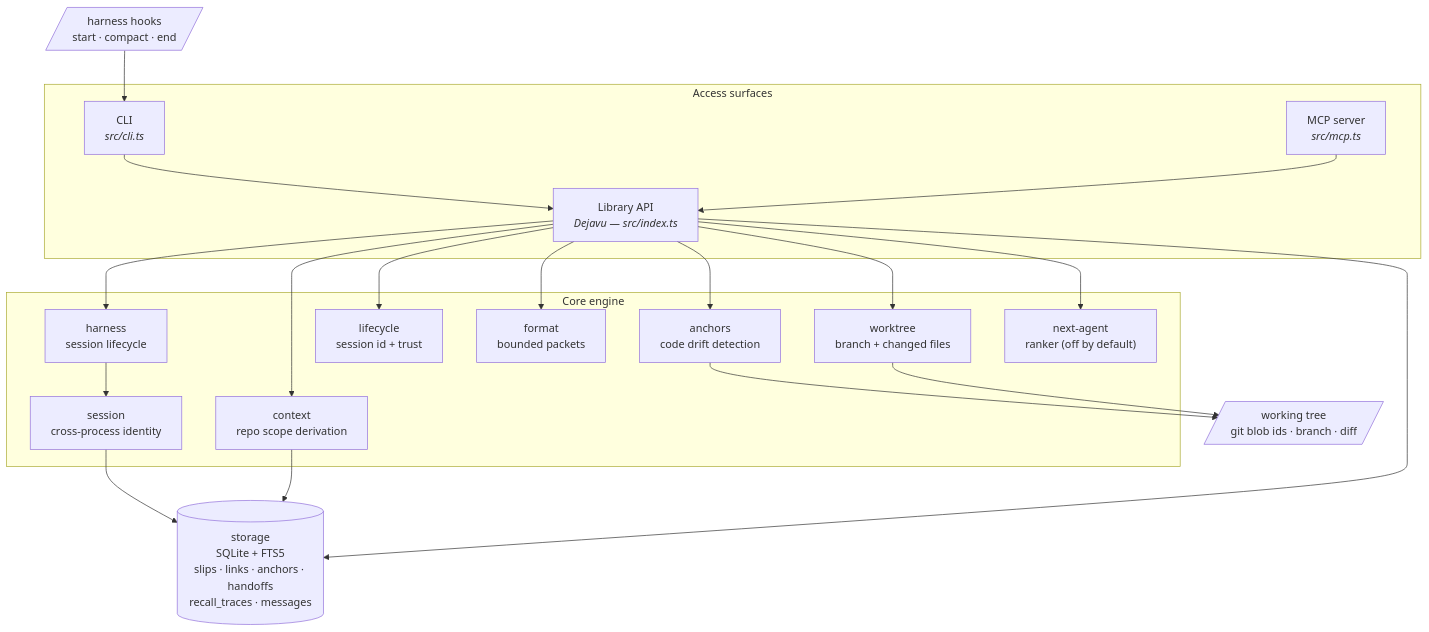
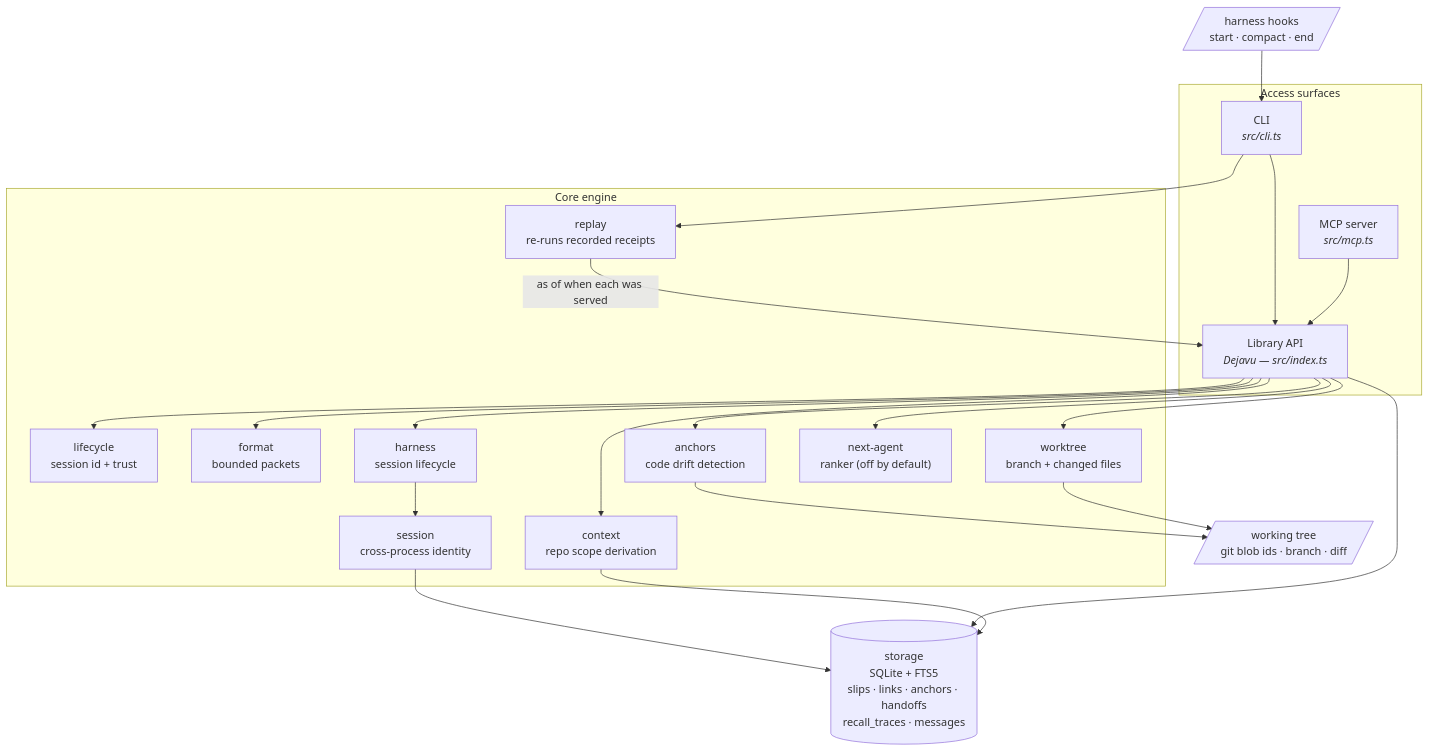
Before and after one commit to sanjayrohith/Dejavu: the second of 4 diagrams in README.md, drawn with Mermaid. The commit also changed 2 other files, not shown here.

Commit message:
Bring the contributor and product docs up to date
CONTRIBUTING already required that retrieval changes come with an eval
rather than an argument. There was no instrument to satisfy it; now
there is, so the convention names the commands and says what the number
does not mean. Also notes that bench:session carries its own control arm.

The architecture diagram gained replay. The landing page's MCP tool list
had been missing touching since anchors shipped, and its 'feedback loop
you can measure' lap described only the half that waits on an agent
volunteering an assessment.

````diff
--- a/README.md
+++ b/README.md
@@ -133,39 +133,42 @@
 ```mermaid
 flowchart TB
     subgraph Access["Access surfaces"]
         CLI["CLI<br/><i>src/cli.ts</i>"]
         MCP["MCP server<br/><i>src/mcp.ts</i>"]
         LIB["Library API<br/><i>Dejavu — src/index.ts</i>"]
     end
 
     subgraph Core["Core engine"]
         CTX["context<br/>repo scope derivation"]
         LC["lifecycle<br/>session id + trust"]
         FMT["format<br/>bounded packets"]
         ANC["anchors<br/>code drift detection"]
         HAR["harness<br/>session lifecycle"]
         SES["session<br/>cross-process identity"]
         WT["worktree<br/>branch + changed files"]
+        RPL["replay<br/>re-runs recorded receipts"]
         NA["next-agent<br/>ranker (off by default)"]
     end
 
     STORE[("storage<br/>SQLite + FTS5<br/>slips · links · anchors · handoffs<br/>recall_traces · messages")]
     TREE[/"working tree<br/>git blob ids · branch · diff"/]
 
     HOOKS[/"harness hooks<br/>start · compact · end"/] --> CLI
     CLI --> LIB
     MCP --> LIB
     LIB --> HAR
     HAR --> SES
     SES --> STORE
     LIB --> CTX
     LIB --> LC
     LIB --> FMT
     LIB --> ANC
     LIB --> WT
     LIB --> NA
     LIB --> STORE
     CTX --> STORE
     ANC --> TREE
     WT --> TREE
+    CLI --> RPL
+    RPL -->|"as of when each was served"| LIB
 ```
````
